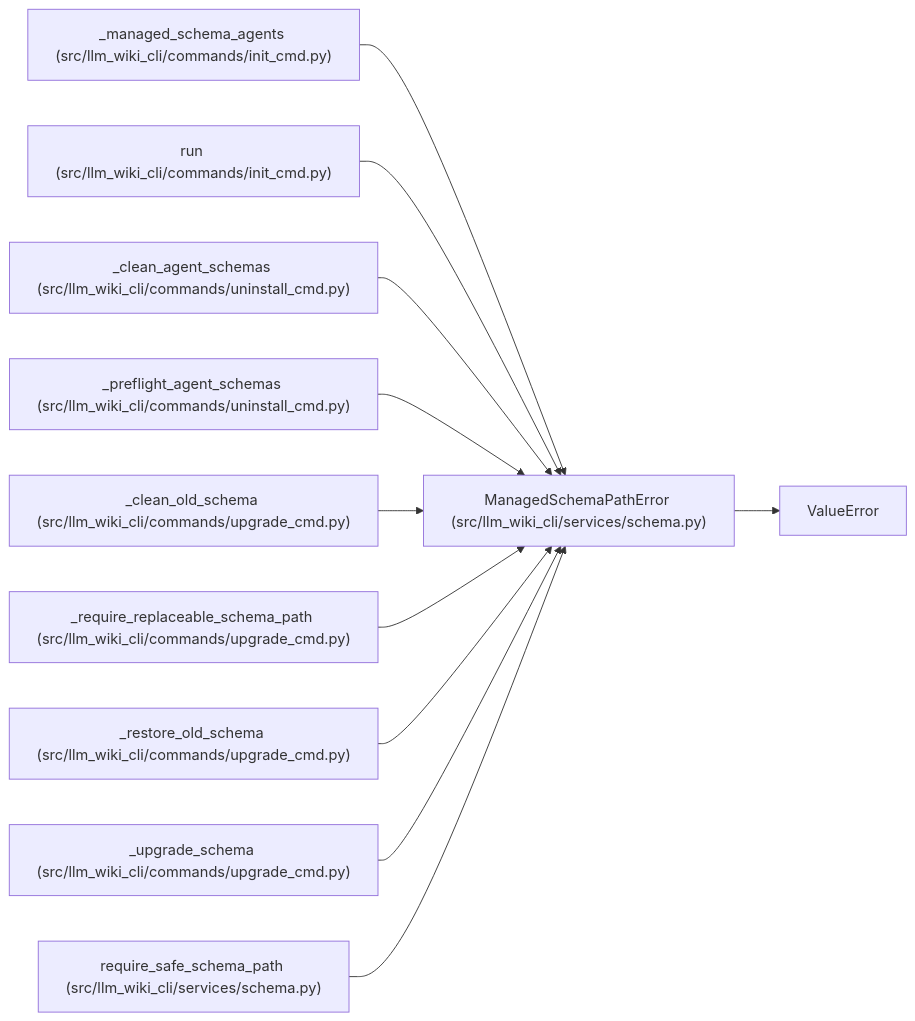
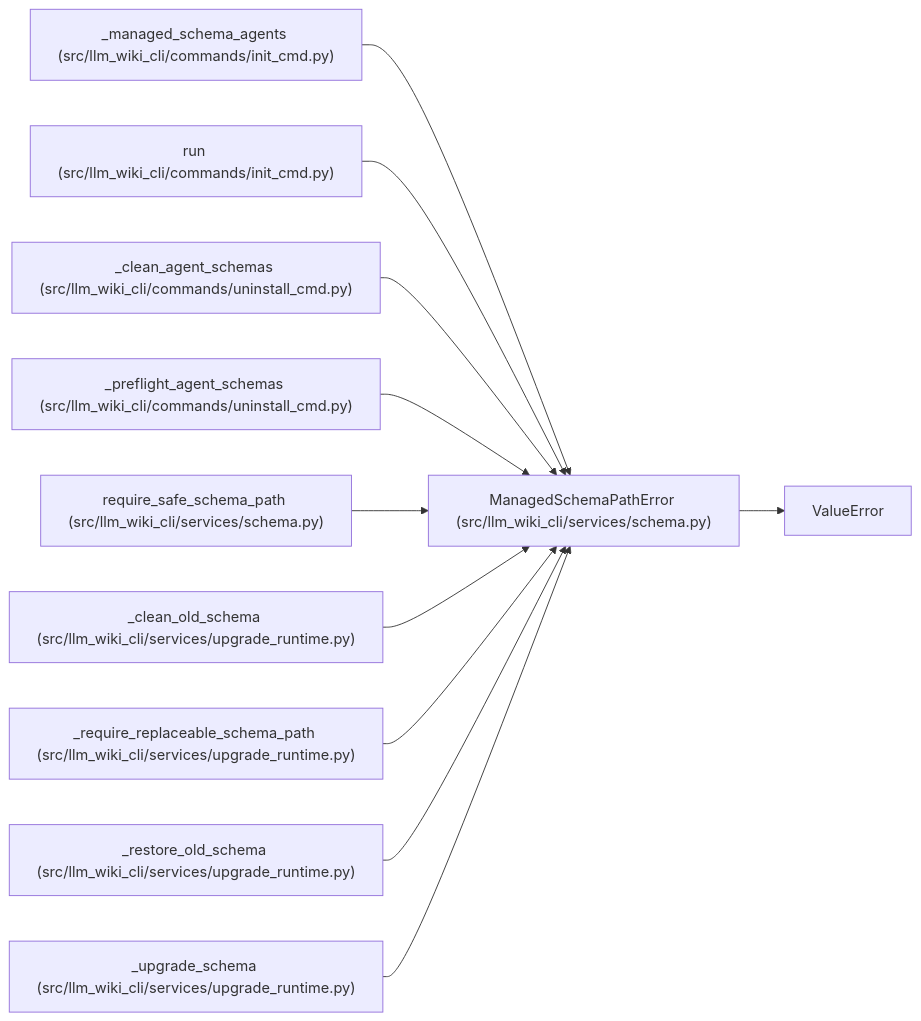
Before and after one commit to Denissvgn/python-wiki-llm: the diagram in docs/llm_wiki/entities/ManagedSchemaPathError.md, drawn with Mermaid. The commit also changed other lines of this file and 1555 other files, not shown here.

````diff
--- a/docs/llm_wiki/entities/ManagedSchemaPathError.md
+++ b/docs/llm_wiki/entities/ManagedSchemaPathError.md
@@ -23,34 +23,34 @@
 ```mermaid
 flowchart LR
     n0["ManagedSchemaPathError (src/llm_wiki_cli/services/schema.py)"]
     n1["ValueError"]
     n2["_managed_schema_agents (src/llm_wiki_cli/commands/init_cmd.py)"]
     n3["run (src/llm_wiki_cli/commands/init_cmd.py)"]
     n4["_clean_agent_schemas (src/llm_wiki_cli/commands/uninstall_cmd.py)"]
     n5["_preflight_agent_schemas (src/llm_wiki_cli/commands/uninstall_cmd.py)"]
-    n6["_clean_old_schema (src/llm_wiki_cli/commands/upgrade_cmd.py)"]
-    n7["_require_replaceable_schema_path (src/llm_wiki_cli/commands/upgrade_cmd.py)"]
-    n8["_restore_old_schema (src/llm_wiki_cli/commands/upgrade_cmd.py)"]
-    n9["_upgrade_schema (src/llm_wiki_cli/commands/upgrade_cmd.py)"]
-    n10["require_safe_schema_path (src/llm_wiki_cli/services/schema.py)"]
+    n6["require_safe_schema_path (src/llm_wiki_cli/services/schema.py)"]
+    n7["_clean_old_schema (src/llm_wiki_cli/services/upgrade_runtime.py)"]
+    n8["_require_replaceable_schema_path (src/llm_wiki_cli/services/upgrade_runtime.py)"]
+    n9["_restore_old_schema (src/llm_wiki_cli/services/upgrade_runtime.py)"]
+    n10["_upgrade_schema (src/llm_wiki_cli/services/upgrade_runtime.py)"]
     n0 --> n1
     n2 --> n0
     n3 --> n0
     n4 --> n0
     n5 --> n0
     n6 --> n0
     n7 --> n0
     n8 --> n0
     n9 --> n0
     n10 --> n0
     click n0 "../modules/services_schema.md"
     click n2 "../modules/init_cmd.md"
     click n3 "../modules/init_cmd.md"
     click n4 "../modules/uninstall_cmd.md"
     click n5 "../modules/uninstall_cmd.md"
-    click n6 "../modules/upgrade_cmd.md"
-    click n7 "../modules/upgrade_cmd.md"
-    click n8 "../modules/upgrade_cmd.md"
-    click n9 "../modules/upgrade_cmd.md"
-    click n10 "../modules/services_schema.md"
+    click n6 "../modules/services_schema.md"
+    click n7 "../modules/upgrade_runtime.md"
+    click n8 "../modules/upgrade_runtime.md"
+    click n9 "../modules/upgrade_runtime.md"
+    click n10 "../modules/upgrade_runtime.md"
 ```
````
